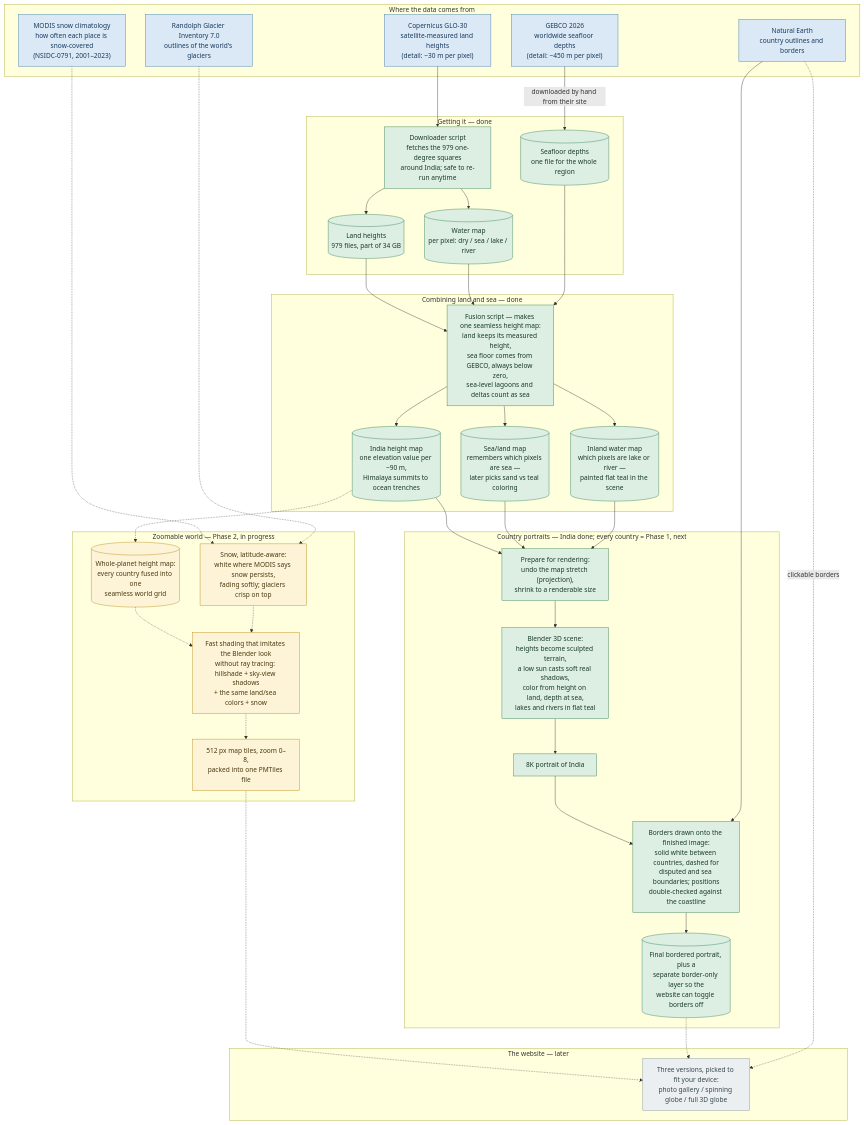
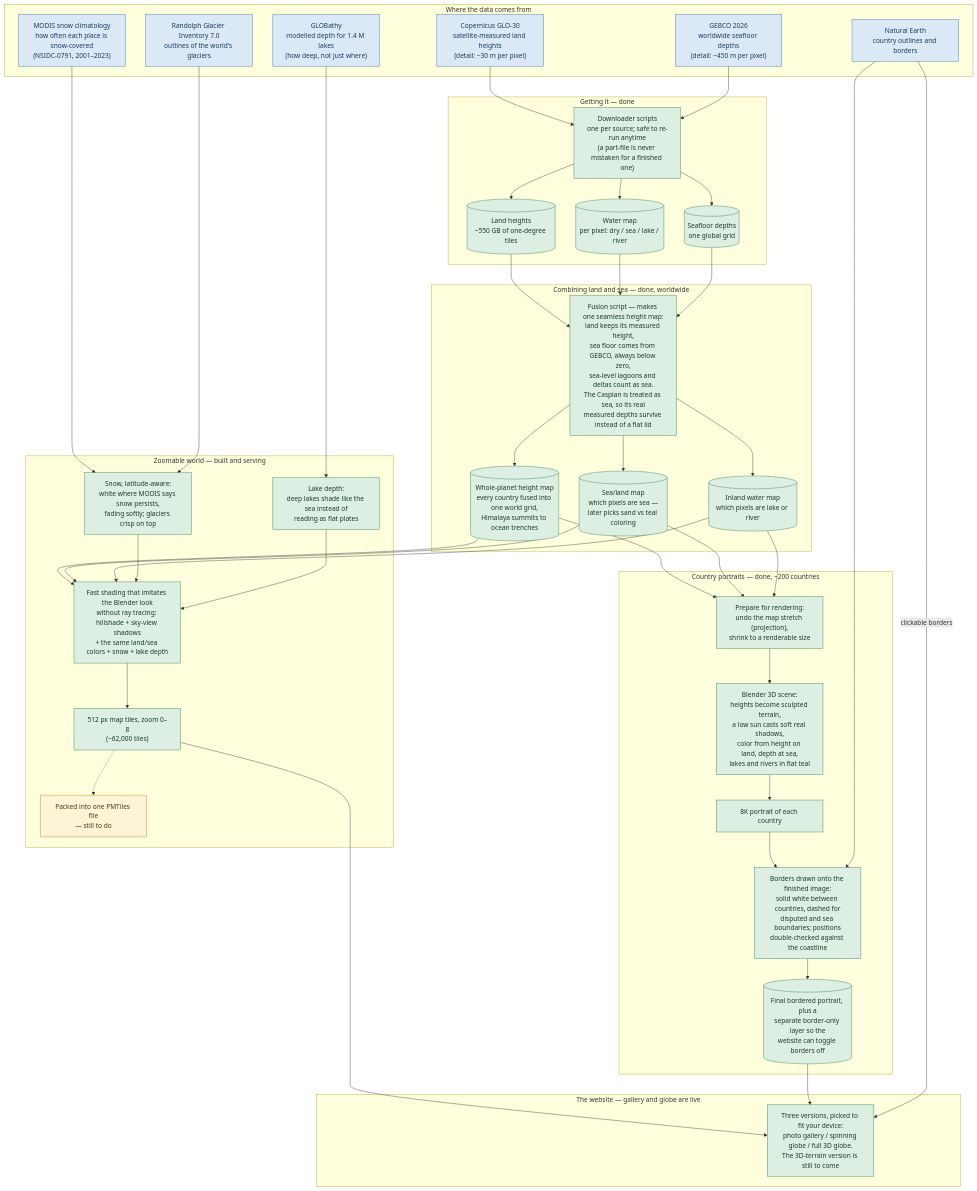
The diagram in docs/pipeline-overview.mmd (Alchez/terrella), drawn with Mermaid before and after one commit. The commit also changed 8 other files, not shown here.

```diff
--- a/docs/pipeline-overview.mmd
+++ b/docs/pipeline-overview.mmd
@@ -1,86 +1,96 @@
+%% Plain-language overview. Technical companion: pipeline-detail.mmd — update both together.
+
 flowchart TD
 
   subgraph SRC["Where the data comes from"]
     S1["Copernicus GLO-30<br/>satellite-measured land heights<br/>(detail: ~30 m per pixel)"]
     S2["GEBCO 2026<br/>worldwide seafloor depths<br/>(detail: ~450 m per pixel)"]
     S3["Natural Earth<br/>country outlines and borders"]
     S4["MODIS snow climatology<br/>how often each place is snow-covered<br/>(NSIDC-0791, 2001–2023)"]
     S5["Randolph Glacier Inventory 7.0<br/>outlines of the world's glaciers"]
+    S6["GLOBathy<br/>modelled depth for 1.4 M lakes<br/>(how deep, not just where)"]
   end
 
   subgraph ACQ["Getting it — done"]
-    D1["Downloader script<br/>fetches the 979 one-degree squares<br/>around India; safe to re-run anytime"]
-    R1[("Land heights<br/>979 files, part of 34 GB")]
+    D1["Downloader scripts<br/>one per source; safe to re-run anytime<br/>(a part-file is never mistaken for a finished one)"]
+    R1[("Land heights<br/>~550 GB of one-degree tiles")]
     R2[("Water map<br/>per pixel: dry / sea / lake / river")]
-    R3[("Seafloor depths<br/>one file for the whole region")]
+    R3[("Seafloor depths<br/>one global grid")]
   end
 
   S1 --> D1
+  S2 --> D1
   D1 --> R1
   D1 --> R2
-  S2 -->|downloaded by hand from their site| R3
+  D1 --> R3
 
-  subgraph FUSE["Combining land and sea — done"]
-    F["Fusion script — makes one seamless height map:<br/>land keeps its measured height,<br/>sea floor comes from GEBCO, always below zero,<br/>sea-level lagoons and deltas count as sea"]
-    O1[("India height map<br/>one elevation value per ~90 m,<br/>Himalaya summits to ocean trenches")]
-    O2[("Sea/land map<br/>remembers which pixels are sea —<br/>later picks sand vs teal coloring")]
-    O3[("Inland water map<br/>which pixels are lake or river —<br/>painted flat teal in the scene")]
+  subgraph FUSE["Combining land and sea — done, worldwide"]
+    F["Fusion script — makes one seamless height map:<br/>land keeps its measured height,<br/>sea floor comes from GEBCO, always below zero,<br/>sea-level lagoons and deltas count as sea.<br/>The Caspian is treated as sea, so its real<br/>measured depths survive instead of a flat lid"]
+    O1[("Whole-planet height map<br/>every country fused into one world grid,<br/>Himalaya summits to ocean trenches")]
+    O2[("Sea/land map<br/>which pixels are sea —<br/>later picks sand vs teal coloring")]
+    O3[("Inland water map<br/>which pixels are lake or river")]
   end
 
   R1 --> F
   R2 --> F
   R3 --> F
   F --> O1
   F --> O2
   F --> O3
 
-  subgraph HERO["Country portraits — India done; every country = Phase 1, next"]
+  subgraph HERO["Country portraits — done, ~200 countries"]
     P["Prepare for rendering:<br/>undo the map stretch (projection),<br/>shrink to a renderable size"]
     B["Blender 3D scene:<br/>heights become sculpted terrain,<br/>a low sun casts soft real shadows,<br/>color from height on land, depth at sea,<br/>lakes and rivers in flat teal"]
-    H8["8K portrait of India"]
+    H8["8K portrait of each country"]
     OV["Borders drawn onto the finished image:<br/>solid white between countries, dashed for<br/>disputed and sea boundaries; positions<br/>double-checked against the coastline"]
     HF[("Final bordered portrait, plus a<br/>separate border-only layer so the<br/>website can toggle borders off")]
   end
 
   O1 --> P
   O2 --> P
   O3 --> P
   P --> B
   B --> H8
   H8 --> OV
   S3 --> OV
   OV --> HF
 
-  subgraph TILES["Zoomable world — Phase 2, in progress"]
-    PF[("Whole-planet height map:<br/>every country fused into one<br/>seamless world grid")]
+  subgraph TILES["Zoomable world — built and serving"]
     T3["Snow, latitude-aware:<br/>white where MODIS says snow persists,<br/>fading softly; glaciers crisp on top"]
-    T1["Fast shading that imitates the Blender look<br/>without ray tracing: hillshade + sky-view shadows<br/>+ the same land/sea colors + snow"]
-    T2["512 px map tiles, zoom 0–8,<br/>packed into one PMTiles file"]
+    T4["Lake depth:<br/>deep lakes shade like the sea instead of<br/>reading as flat plates"]
+    T1["Fast shading that imitates the Blender look<br/>without ray tracing: hillshade + sky-view shadows<br/>+ the same land/sea colors + snow + lake depth"]
+    T2["512 px map tiles, zoom 0–8<br/>(~62,000 tiles)"]
+    T5["Packed into one PMTiles file<br/>— still to do"]
   end
 
-  O1 -.-> PF
-  PF -.-> T1
-  S4 -.-> T3
-  S5 -.-> T3
-  T3 -.-> T1
-  T1 -.-> T2
+  O1 --> T1
+  O2 --> T1
+  O3 --> T1
+  S4 --> T3
+  S5 --> T3
+  S6 --> T4
+  T3 --> T1
+  T4 --> T1
+  T1 --> T2
+  T2 -.-> T5
 
-  subgraph SITE["The website — later"]
-    W["Three versions, picked to fit your device:<br/>photo gallery / spinning globe / full 3D globe"]
+  subgraph SITE["The website — gallery and globe are live"]
+    W["Three versions, picked to fit your device:<br/>photo gallery / spinning globe / full 3D globe.<br/>The 3D-terrain version is still to come"]
   end
 
-  T2 -.-> W
-  HF -.-> W
-  S3 -.->|clickable borders| W
+  T2 --> W
+  HF --> W
+  S3 -->|clickable borders| W
 
   classDef ext fill:#dbe9f6,stroke:#3572a5,color:#173a5e
   classDef done fill:#dcefe2,stroke:#2e7d4f,color:#1a3a28
   classDef next fill:#fdf3d7,stroke:#b8860b,color:#4a3a10
   classDef plan fill:#eceff1,stroke:#78909c,color:#37474f
 
-  class S1,S2,S3,S4,S5 ext
+  class S1,S2,S3,S4,S5,S6 ext
   class D1,R1,R2,R3 done
   class F,O1,O2,O3 done
   class P,B,H8,OV,HF done
-  class PF,T1,T2,T3 next
-  class W plan
+  class T1,T2,T3,T4 done
+  class T5 next
+  class W done
```
